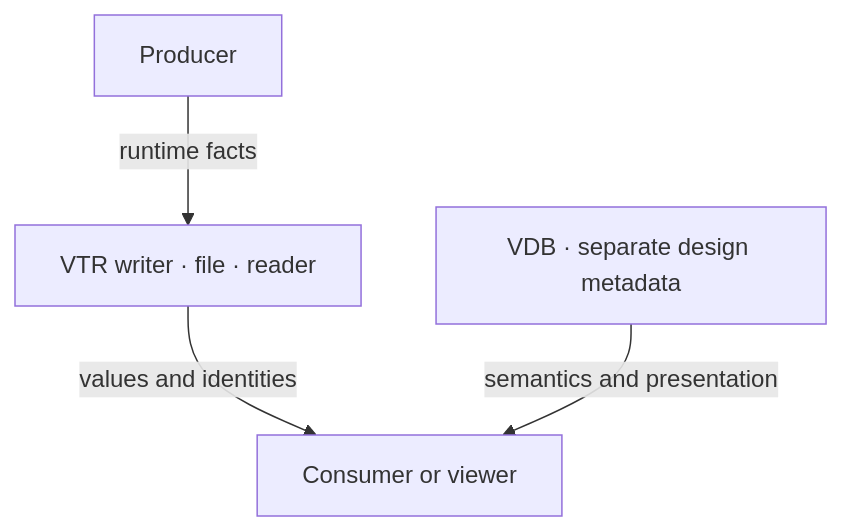
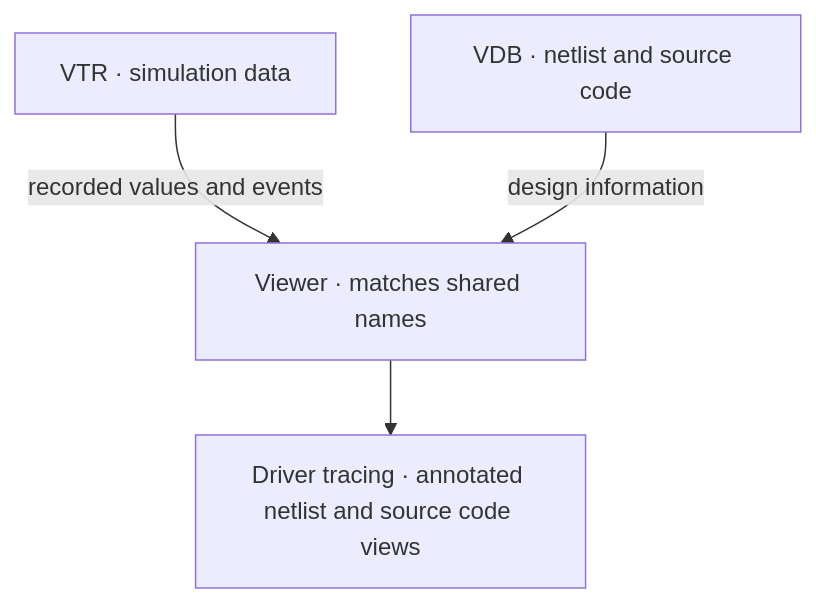
The diagram in vtr/README.md (ripopov/volna), drawn with Mermaid before and after one commit. The commit also changed other lines of this file, not shown here.

Commit message:
docs(vtr): clarify trace overview and VDB integration

````diff
--- a/vtr/README.md
+++ b/vtr/README.md
@@ -30,8 +41,8 @@
 ```mermaid
 flowchart TB
-  accTitle: Trace and application boundaries
-  accDescr: A producer writes VTR runtime data. The VTR reader supplies runtime data to a consumer. A separate VDB supplies design semantics to the same consumer.
-  P["Producer"] -->|"runtime facts"| T["VTR writer · file · reader"]
-  T -->|"values and identities"| C["Consumer or viewer"]
-  D["VDB · separate design metadata"] -->|"semantics and presentation"| C
+  accTitle: VTR and VDB in a design-aware viewer
+  accDescr: A viewer matches shared names in VTR simulation data and VDB design information to trace signal drivers and annotate netlist and source code views.
+  T["VTR · simulation data"] -->|"recorded values and events"| C["Viewer · matches shared names"]
+  D["VDB · netlist and source code"] -->|"design information"| C
+  C --> F["Driver tracing · annotated netlist and source code views"]
 ```
````
